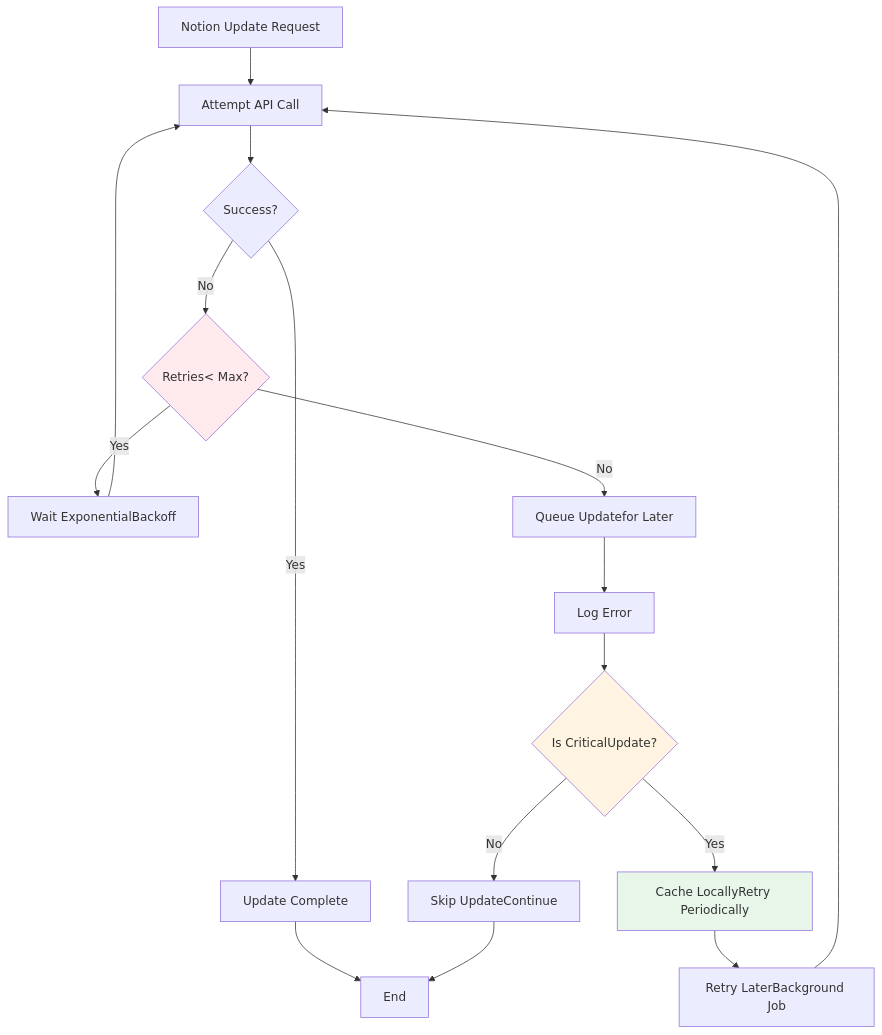
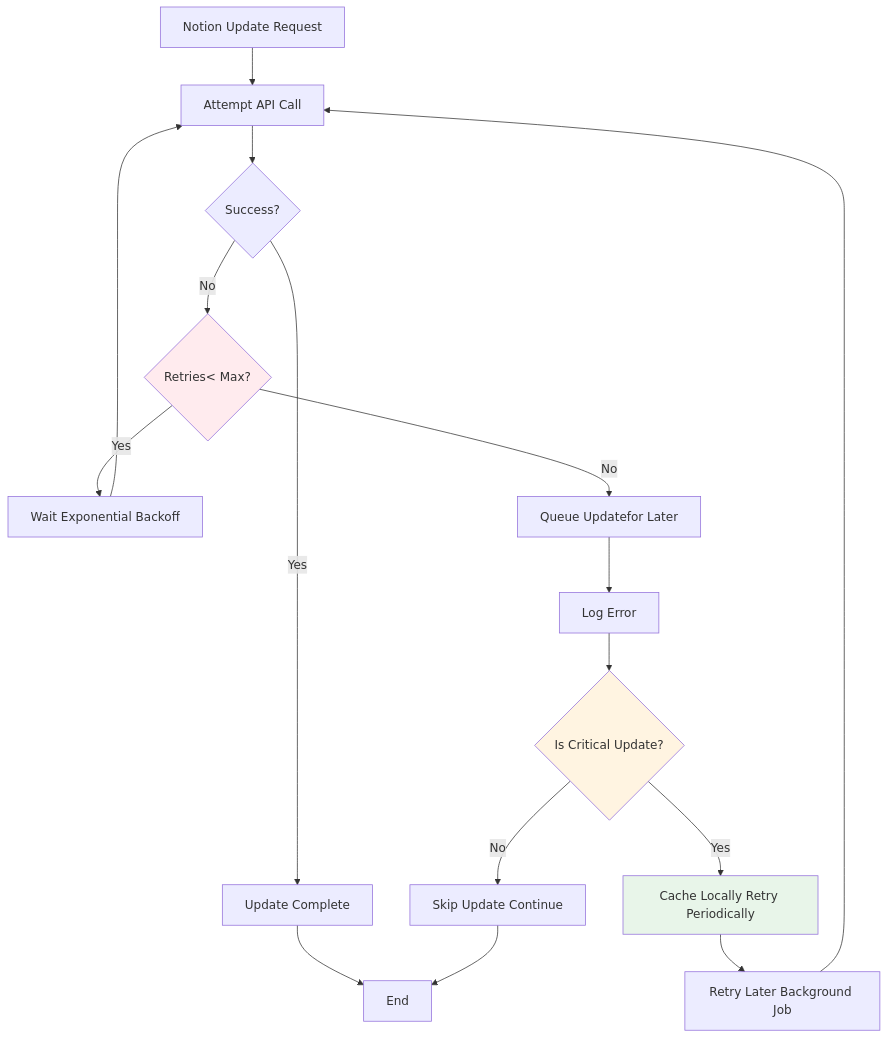
One commit to jak-pan/super-brainstorm-bot changed diagram 13 of 16 in ARCHITECTURE.md. Above: the diagram before and after it, drawn with Mermaid. The commit also changed other lines of this file, not shown here.

Commit message:
Fix: Add missing spaces in Mermaid diagram labels after br tag removal

````diff
--- a/ARCHITECTURE.md
+++ b/ARCHITECTURE.md
@@ -1085,28 +1085,28 @@
 ```mermaid
 flowchart TD
     Start[Notion Update Request] --> Attempt[Attempt API Call]
     Attempt --> Success{Success?}
     
     Success -->|Yes| Complete[Update Complete]
     
     Success -->|No| CheckRetries{Retries< Max?}
-    CheckRetries -->|Yes| WaitBackoff[Wait ExponentialBackoff]
+    CheckRetries -->|Yes| WaitBackoff[Wait Exponential Backoff]
     WaitBackoff --> Attempt
     
     CheckRetries -->|No| QueueUpdate[Queue Updatefor Later]
     QueueUpdate --> LogError[Log Error]
-    LogError --> Fallback{Is CriticalUpdate?}
+    LogError --> Fallback{Is Critical Update?}
     
-    Fallback -->|Yes| LocalCache[Cache LocallyRetry Periodically]
-    Fallback -->|No| SkipUpdate[Skip UpdateContinue]
+    Fallback -->|Yes| LocalCache[Cache Locally Retry Periodically]
+    Fallback -->|No| SkipUpdate[Skip Update Continue]
     
-    LocalCache --> RetryLater[Retry LaterBackground Job]
+    LocalCache --> RetryLater[Retry Later Background Job]
     RetryLater --> Attempt
     
     Complete --> End[End]
     SkipUpdate --> End
     
     style CheckRetries fill:#ffebee
     style Fallback fill:#fff4e1
     style LocalCache fill:#e8f5e9
 ```
````
